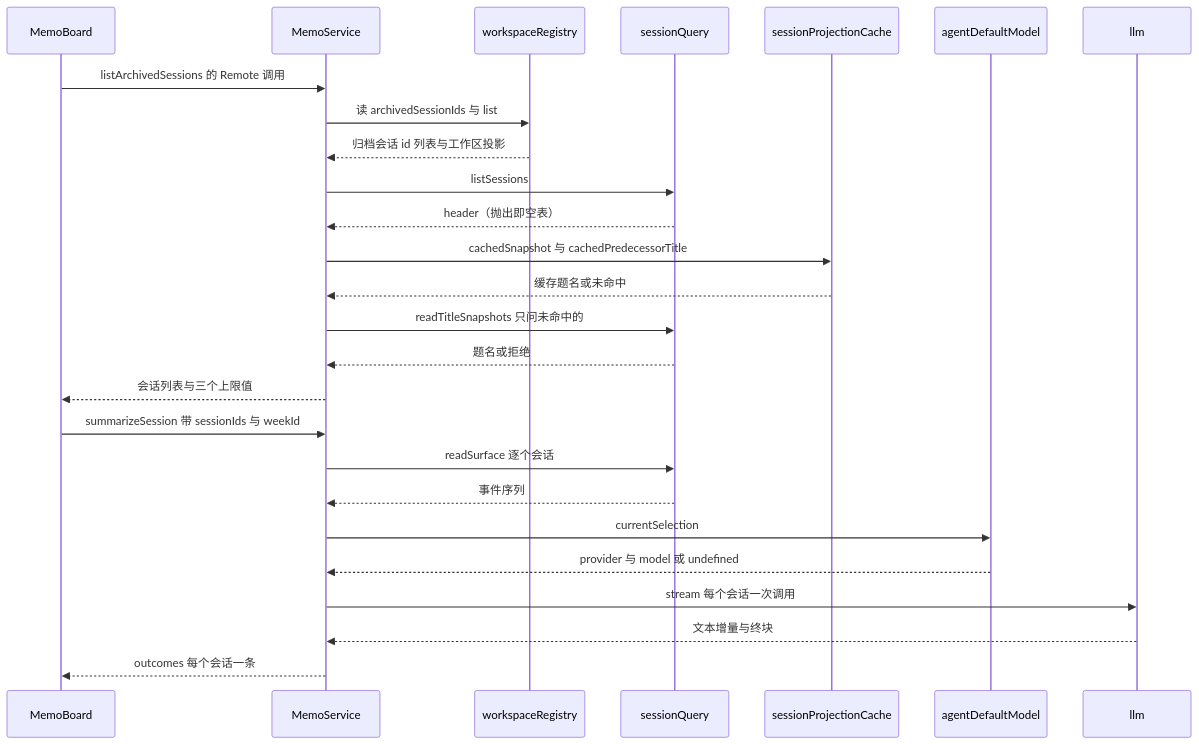
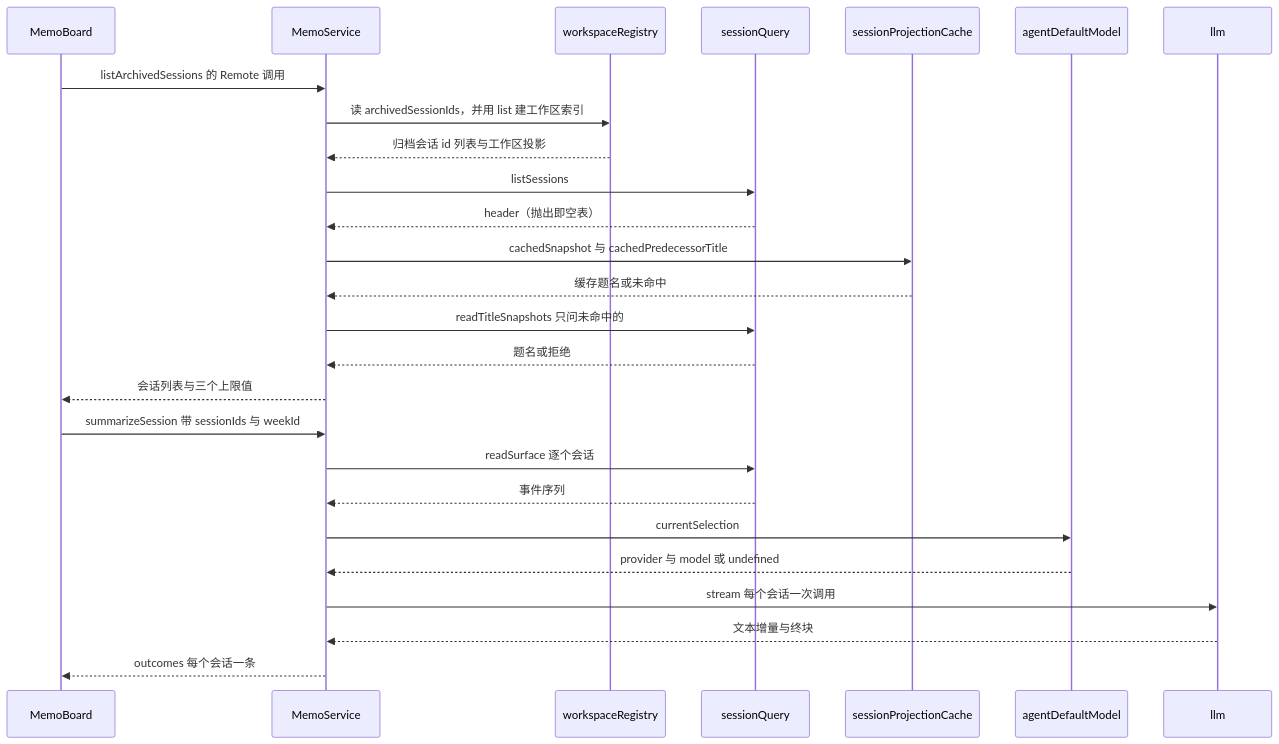
One commit to zhangj1164/dsh-mega-plugins changed the second of 2 diagrams in openwiki/integrations/dsh-host-services.md. Above: the diagram before and after it, drawn with Mermaid. The commit also changed other lines of this file and 15 other files, not shown here.

````diff
--- a/openwiki/integrations/dsh-host-services.md
+++ b/openwiki/integrations/dsh-host-services.md
@@ -181,28 +216,28 @@
 ```mermaid
 sequenceDiagram
   participant Board as MemoBoard
   participant Svc as MemoService
   participant Registry as workspaceRegistry
   participant Query as sessionQuery
   participant Cache as sessionProjectionCache
   participant Default as agentDefaultModel
   participant Llm as llm
   Board->>Svc: listArchivedSessions 的 Remote 调用
-  Svc->>Registry: 读 archivedSessionIds 与 list
+  Svc->>Registry: 读 archivedSessionIds，并用 list 建工作区索引
   Registry-->>Svc: 归档会话 id 列表与工作区投影
   Svc->>Query: listSessions
   Query-->>Svc: header（抛出即空表）
   Svc->>Cache: cachedSnapshot 与 cachedPredecessorTitle
   Cache-->>Svc: 缓存题名或未命中
   Svc->>Query: readTitleSnapshots 只问未命中的
   Query-->>Svc: 题名或拒绝
   Svc-->>Board: 会话列表与三个上限值
   Board->>Svc: summarizeSession 带 sessionIds 与 weekId
   Svc->>Query: readSurface 逐个会话
   Query-->>Svc: 事件序列
   Svc->>Default: currentSelection
   Default-->>Svc: provider 与 model 或 undefined
   Svc->>Llm: stream 每个会话一次调用
   Llm-->>Svc: 文本增量与终块
   Svc-->>Board: outcomes 每个会话一条
 ```
````
